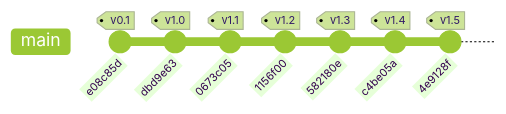
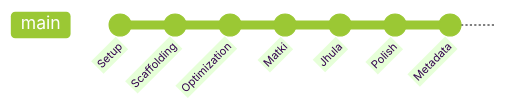
One commit to ParbonStatic/Janmashtami2026 changed the diagram in GEMINI.md. Above: the diagram before and after it, drawn with Mermaid (forest theme). The commit also changed other lines of this file and 1 other file, not shown here.

Commit message:
feat: implement documentation synchronization skill and refactor GEMINI.md architecture logs

````diff
--- a/GEMINI.md
+++ b/GEMINI.md
@@ -24,10 +24,10 @@
 ```mermaid
 gitGraph
-    commit id: "e08c85d" tag: "v0.1" msg: "Initial commit"
-    commit id: "dbd9e63" tag: "v1.0" msg: "feat: initialize Krishna Janmashtami 2026 landing page"
-    commit id: "0673c05" tag: "v1.1" msg: "perf: improve rendering performance"
-    commit id: "1156f00" tag: "v1.2" msg: "feat: interactive matki-breaking animation"
-    commit id: "582180e" tag: "v1.3" msg: "feat: 3D Z-axis swing physics for Jhula"
-    commit id: "c4be05a" tag: "v1.4" msg: "style: format CSS and HTML consistency"
-    commit id: "4e9128f" tag: "v1.5" msg: "feat: add SVG favicon, Apple Touch Icon, and Open Graph metadata"
+    commit id: "Setup"
+    commit id: "Scaffolding"
+    commit id: "Optimization"
+    commit id: "Matki"
+    commit id: "Jhula"
+    commit id: "Polish"
+    commit id: "Metadata"
 ```
````
